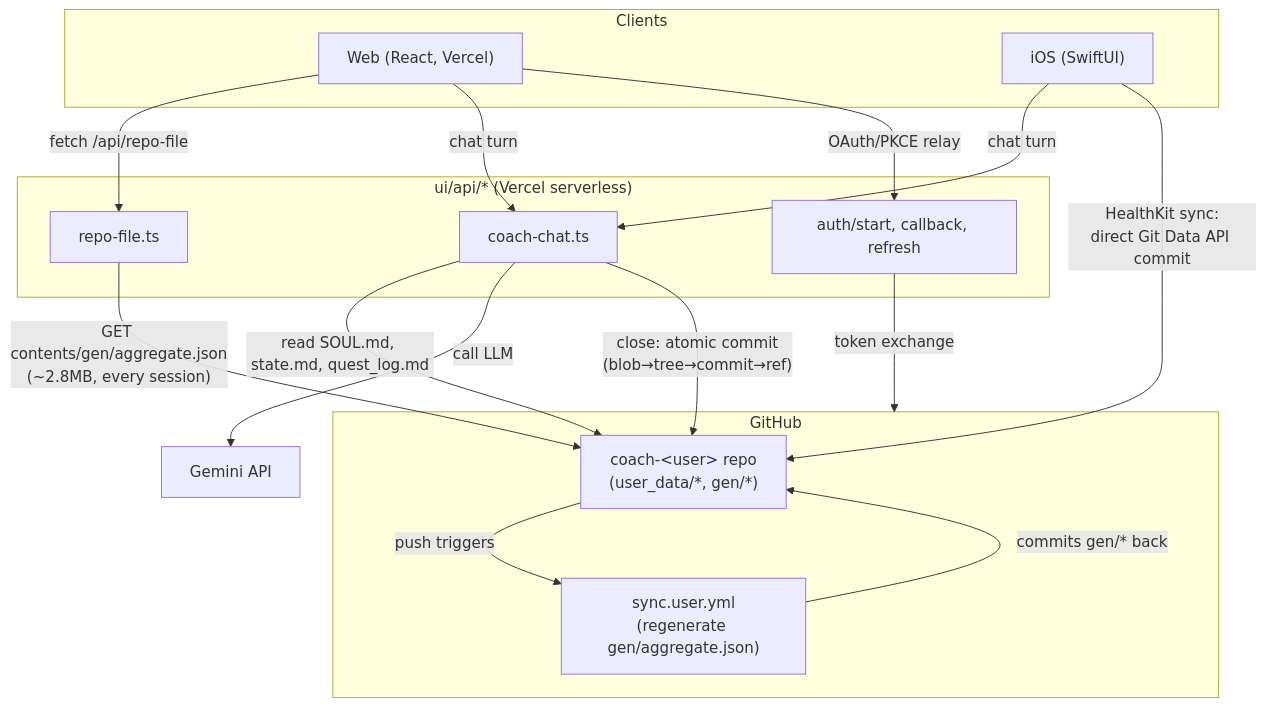
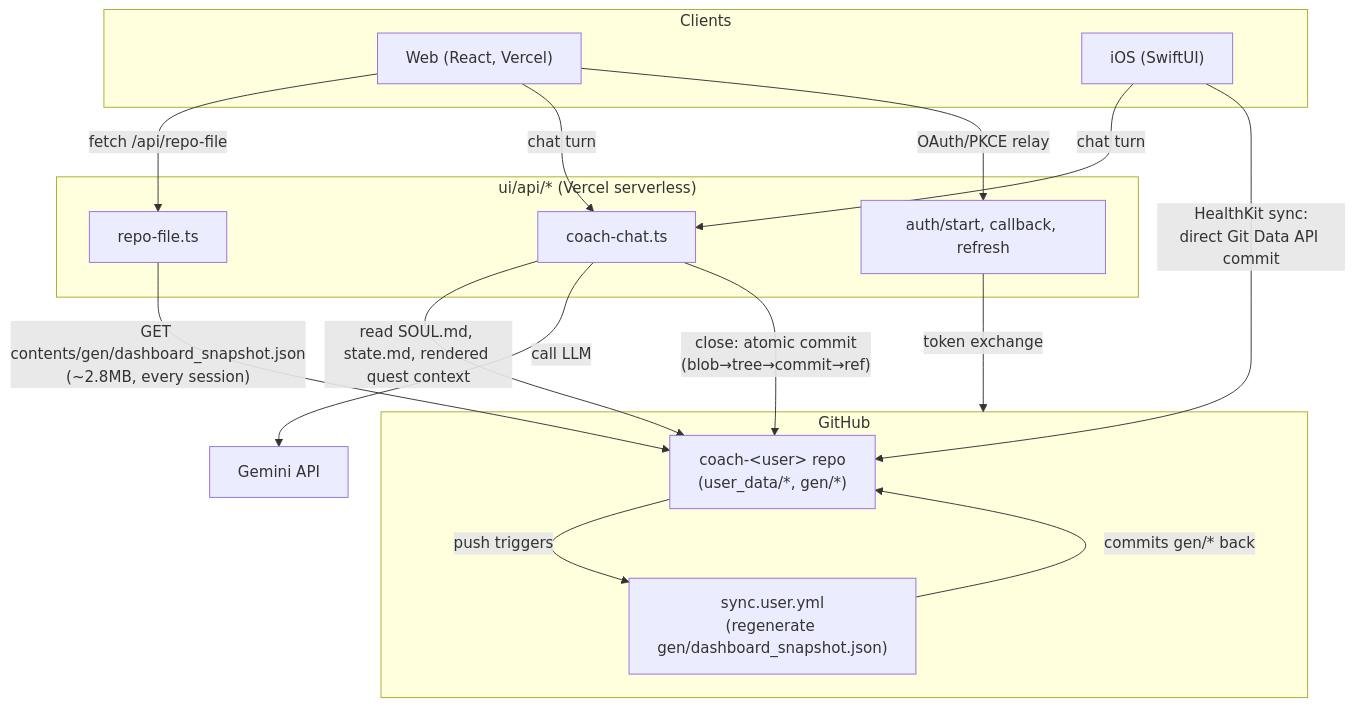
The first of 3 diagrams in docs/plans/backend-decision.md (sibling-shipyard/coach-hq), drawn with Mermaid before and after one commit. The commit also changed other lines of this file and 69 other files, not shown here.

Commit message:
core: rebuild dashboard snapshot and add athlete insights

````diff
--- a/docs/plans/backend-decision.md
+++ b/docs/plans/backend-decision.md
@@ -74,36 +74,36 @@
 ```mermaid
 flowchart TB
     subgraph Clients
         Web["Web (React, Vercel)"]
         iOS["iOS (SwiftUI)"]
     end
 
     subgraph VercelAPI["ui/api/* (Vercel serverless)"]
         RepoFile["repo-file.ts"]
         CoachChat["coach-chat.ts"]
         Auth["auth/start, callback, refresh"]
     end
 
     subgraph GH["GitHub"]
         UserRepo["coach-&lt;user&gt; repo\n(user_data/*, gen/*)"]
-        Actions["sync.user.yml\n(regenerate gen/aggregate.json)"]
+        Actions["sync.user.yml\n(regenerate gen/dashboard_snapshot.json)"]
     end
 
     Gemini["Gemini API"]
 
     Web -- "fetch /api/repo-file" --> RepoFile
-    RepoFile -- "GET contents/gen/aggregate.json\n(~2.8MB, every session)" --> UserRepo
+    RepoFile -- "GET contents/gen/dashboard_snapshot.json\n(~2.8MB, every session)" --> UserRepo
 
     Web -- "chat turn" --> CoachChat
     iOS -- "chat turn" --> CoachChat
-    CoachChat -- "read SOUL.md, state.md, quest_log.md" --> UserRepo
+    CoachChat -- "read SOUL.md, state.md, rendered quest context" --> UserRepo
     CoachChat -- "call LLM" --> Gemini
     CoachChat -- "close: atomic commit\n(blob→tree→commit→ref)" --> UserRepo
 
     iOS -- "HealthKit sync:\ndirect Git Data API commit" --> UserRepo
     Web -- "OAuth/PKCE relay" --> Auth
     Auth -- "token exchange" --> GH
 
     UserRepo -- "push triggers" --> Actions
     Actions -- "commits gen/* back" --> UserRepo
 ```
````
